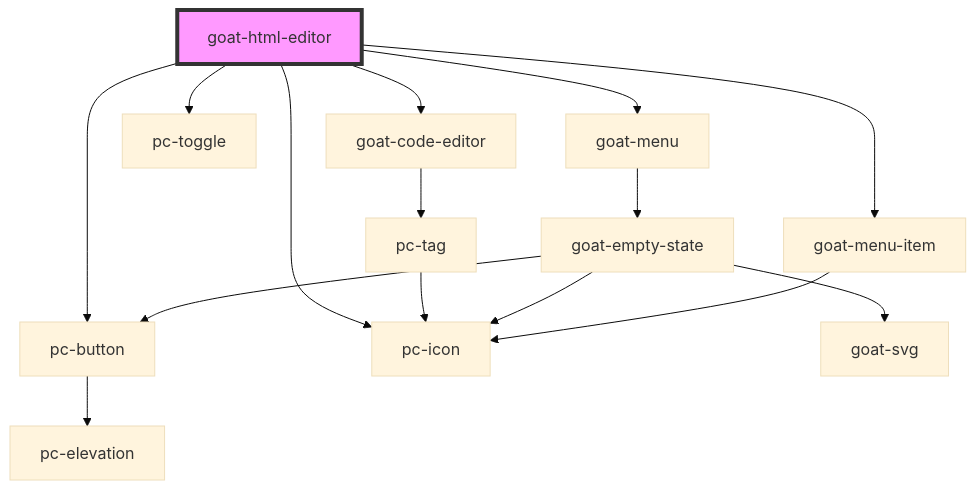
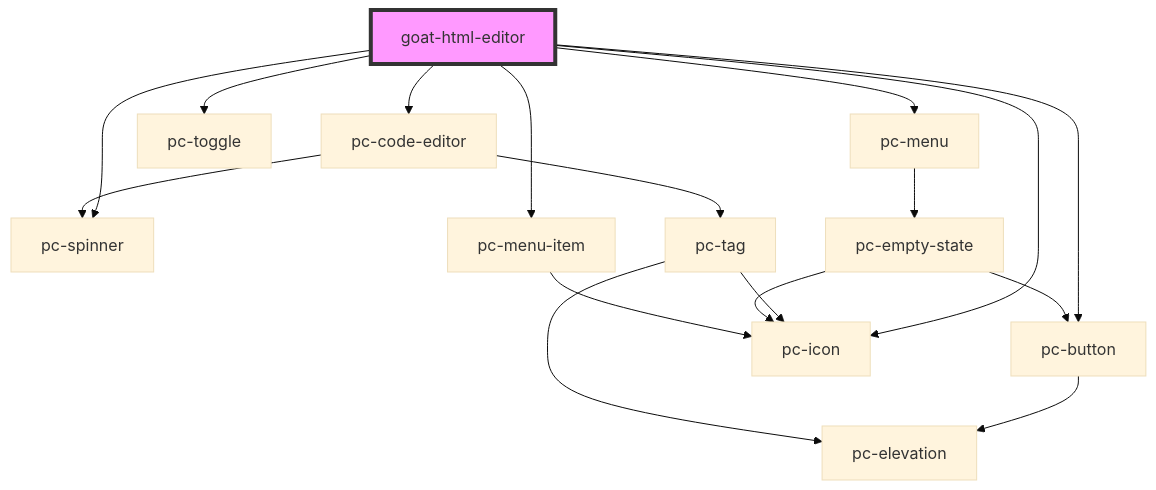
One commit to redvars/peacock changed the diagram in src/components/input-controls/html-editor/readme.md. Above: the diagram before and after it, drawn with Mermaid (base theme). The commit also changed other lines of this file and 299 other files, not shown here.

````diff
--- a/src/components/input-controls/html-editor/readme.md
+++ b/src/components/input-controls/html-editor/readme.md
@@ -84,18 +85,20 @@
 ```mermaid
 graph TD;
   goat-html-editor --> pc-button
   goat-html-editor --> pc-icon
-  goat-html-editor --> goat-code-editor
+  goat-html-editor --> pc-spinner
+  goat-html-editor --> pc-code-editor
   goat-html-editor --> pc-toggle
-  goat-html-editor --> goat-menu
-  goat-html-editor --> goat-menu-item
+  goat-html-editor --> pc-menu
+  goat-html-editor --> pc-menu-item
   pc-button --> pc-elevation
-  goat-code-editor --> pc-tag
+  pc-code-editor --> pc-tag
+  pc-code-editor --> pc-spinner
   pc-tag --> pc-icon
-  goat-menu --> goat-empty-state
-  goat-empty-state --> goat-svg
-  goat-empty-state --> pc-button
-  goat-empty-state --> pc-icon
-  goat-menu-item --> pc-icon
+  pc-tag --> pc-elevation
+  pc-menu --> pc-empty-state
+  pc-empty-state --> pc-icon
+  pc-empty-state --> pc-button
+  pc-menu-item --> pc-icon
   style goat-html-editor fill:#f9f,stroke:#333,stroke-width:4px
 ```
````
